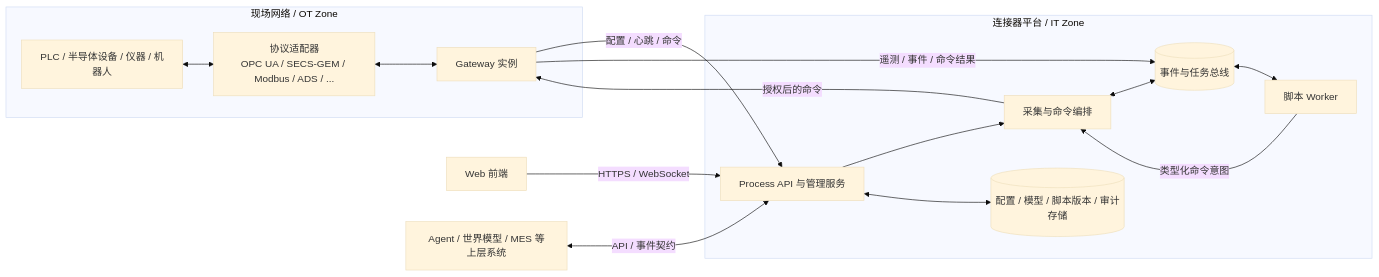
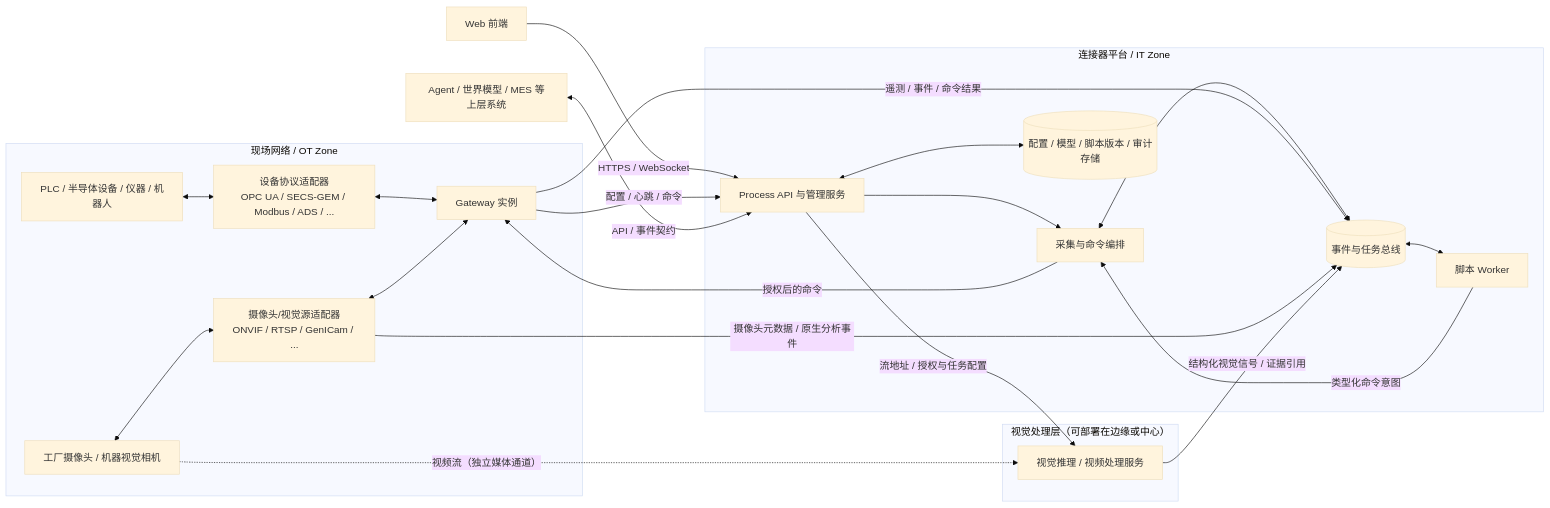
The first of 2 diagrams in docs/architecture/technical-design.md (simulator-bot/industrial-automation-connectors), drawn with Mermaid (base theme) before and after one commit. The commit also changed other lines of this file and 1 other file, not shown here.

````diff
--- a/docs/architecture/technical-design.md
+++ b/docs/architecture/technical-design.md
@@ -46,28 +50,39 @@
 ```mermaid
 flowchart LR
     subgraph OT[现场网络 / OT Zone]
         D[PLC / 半导体设备 / 仪器 / 机器人]
+        C[工厂摄像头 / 机器视觉相机]
         G[Gateway 实例]
-        A[协议适配器<br/>OPC UA / SECS-GEM / Modbus / ADS / ...]
+        A[设备协议适配器<br/>OPC UA / SECS-GEM / Modbus / ADS / ...]
+        CA[摄像头/视觉源适配器<br/>ONVIF / RTSP / GenICam / ...]
         D <--> A <--> G
+        C <--> CA <--> G
     end
 
     subgraph Platform[连接器平台 / IT Zone]
         P[Process API 与管理服务]
         O[采集与命令编排]
         S[脚本 Worker]
         DB[(配置 / 模型 / 脚本版本 / 审计存储)]
         B[(事件与任务总线)]
         P --> O
         P <--> DB
         O <--> B
         B <--> S
     end
 
+    subgraph Vision[视觉处理层（可部署在边缘或中心）]
+        V[视觉推理 / 视频处理服务]
+    end
+
     UI[Web 前端] -->|HTTPS / WebSocket| P
     G -->|配置 / 心跳 / 命令| P
     G -->|遥测 / 事件 / 命令结果| B
+    C -. 视频流（独立媒体通道） .-> V
+    CA -->|摄像头元数据 / 原生分析事件| B
+    V -->|结构化视觉信号 / 证据引用| B
+    P -->|流地址 / 授权与任务配置| V
     O -->|授权后的命令| G
     S -->|类型化命令意图| O
     AG[Agent / 世界模型 / MES 等上层系统] <-->|API / 事件契约| P
 ```
````
